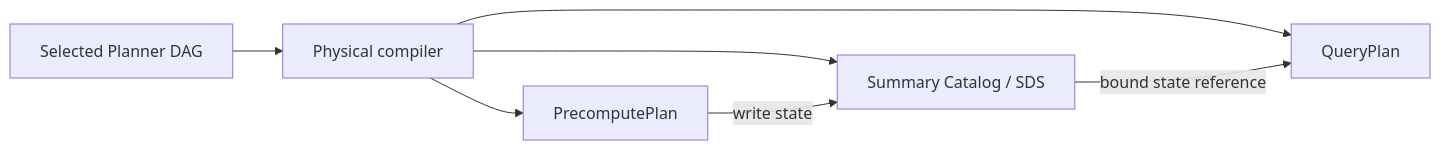
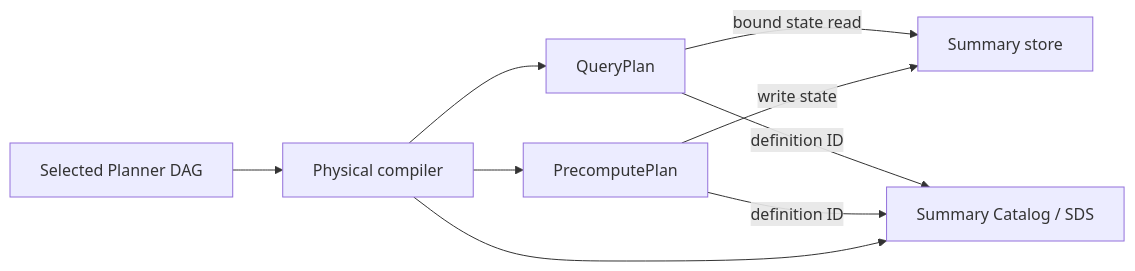
Before and after one commit to ProjectASAP/ASAPQuery-backend: the diagram in docs/design_docs/asapplanner-integration.md, drawn with Mermaid. The commit also changed other lines of this file and 3 other files, not shown here.

````diff
--- a/docs/design_docs/asapplanner-integration.md
+++ b/docs/design_docs/asapplanner-integration.md
@@ -46,9 +46,11 @@
 ```mermaid
 flowchart LR
   D[Selected Planner DAG] --> C[Physical compiler]
   C --> P[PrecomputePlan]
   C --> S[Summary Catalog / SDS]
   C --> Q[QueryPlan]
-  P -->|write state| S
-  S -->|bound state reference| Q
+  P -->|write state| Store[Summary store]
+  Q -->|bound state read| Store
+  P -->|definition ID| S
+  Q -->|definition ID| S
 ```
````
